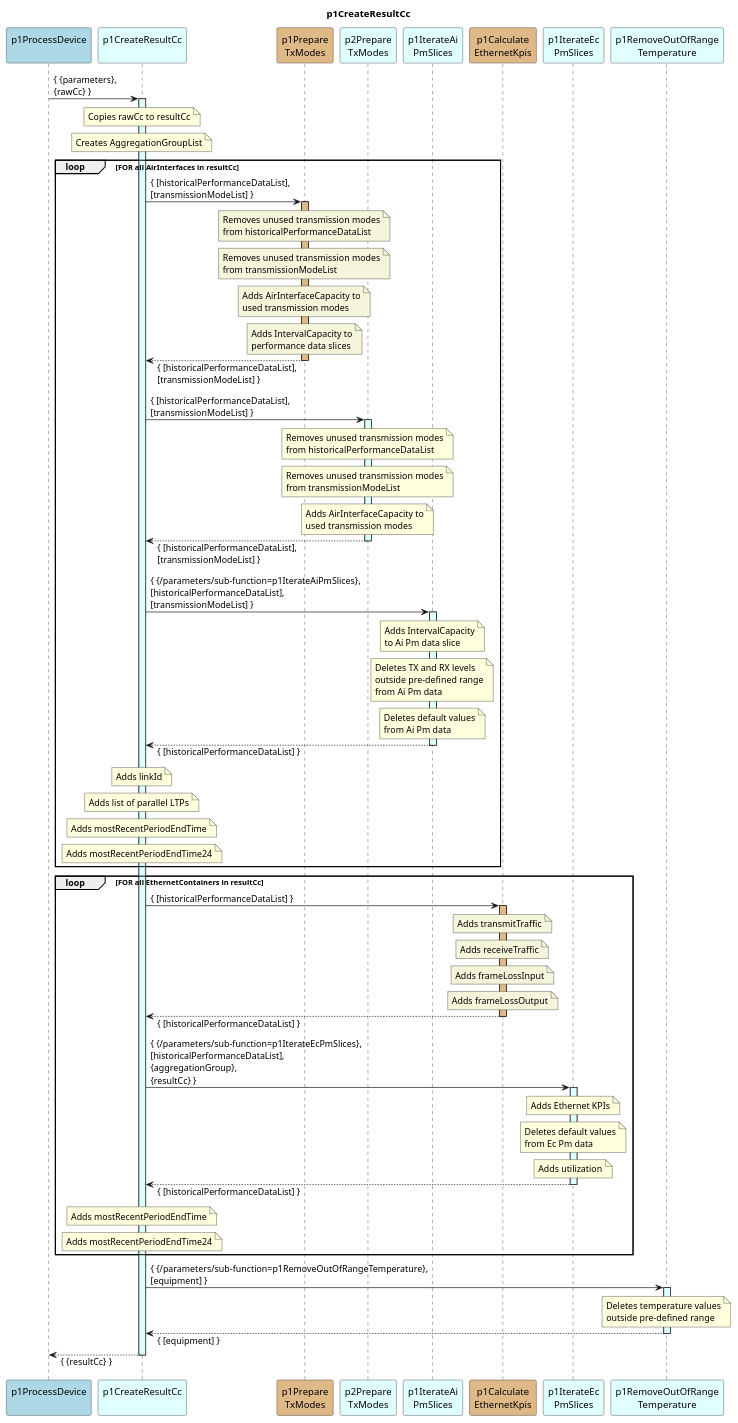
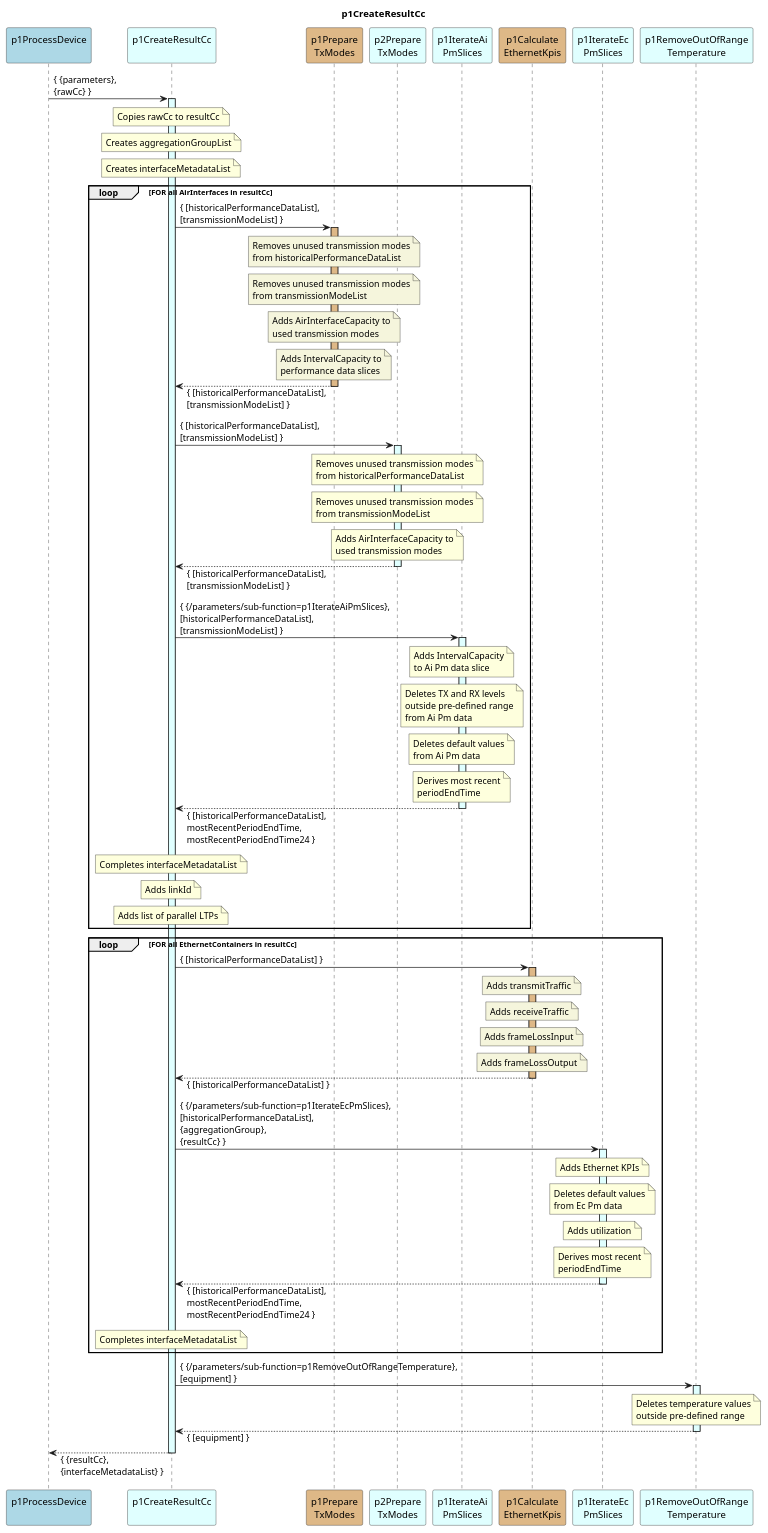
One commit to openBackhaul/DevicePerformanceManagementDataProcessor changed the diagram in spec/Functions/p1StreamPmData/p1ProcessDevice/p1CreateResultCc/1.1.0/p1CreateResultCc.plantuml. Above: the diagram before and after it, drawn with PlantUML. The commit also changed 31 other files, not shown here.

Commit message:
define p1Storing, incl interfaceMetadataList

```diff
--- a/spec/Functions/p1StreamPmData/p1ProcessDevice/p1CreateResultCc/1.1.0/p1CreateResultCc.plantuml
+++ b/spec/Functions/p1StreamPmData/p1ProcessDevice/p1CreateResultCc/1.1.0/p1CreateResultCc.plantuml
@@ -1,184 +1,190 @@
 @startuml p1CreateResultCc
 skinparam responseMessageBelowArrow true
 
 title
   p1CreateResultCc
 end title
 
 participant "p1ProcessDevice\n" as requestor #LightBlue
 participant "p1CreateResultCc\n" as cur #LightCyan
 participant "p1Prepare\nTxModes" as p1PrepTxModes #BurlyWood
 participant "p2Prepare\nTxModes" as p2PrepTxModes #LightCyan
 participant "p1IterateAi\nPmSlices" as p1IterateAi #LightCyan
 participant "p1Calculate\nEthernetKpis" as ethKpis #BurlyWood
 participant "p1IterateEc\nPmSlices" as p1IterateEc #LightCyan
 participant "p1RemoveOutOfRange\nTemperature" as p1RemoveTemp #LightCyan
 
-requestor -> cur: { {parameters},\n{rawCc} }
+requestor -> cur : { {parameters},\n{rawCc} }
 activate cur #LightCyan
 
   note over cur
     Copies rawCc to resultCc
   end note
 
   note over cur
-    Creates AggregationGroupList
+    Creates aggregationGroupList
+  end note
+
+  note over cur
+    Creates interfaceMetadataList
   end note
 
   loop FOR all AirInterfaces in resultCc
 
     cur -> p1PrepTxModes : { [historicalPerformanceDataList],\n[transmissionModeList] }
     activate p1PrepTxModes #BurlyWood
 
       note over p1PrepTxModes #Beige
         Removes unused transmission modes
         from historicalPerformanceDataList
       end note
 
       note over p1PrepTxModes #Beige
         Removes unused transmission modes
         from transmissionModeList
       end note
 
       note over p1PrepTxModes #Beige
         Adds AirInterfaceCapacity to
         used transmission modes
       end note
 
       note over p1PrepTxModes #Beige
         Adds IntervalCapacity to
         performance data slices
       end note
 
     cur <-- p1PrepTxModes : { [historicalPerformanceDataList],\n[transmissionModeList] }
     deactivate p1PrepTxModes
 
     cur -> p2PrepTxModes : { [historicalPerformanceDataList],\n[transmissionModeList] }
     activate p2PrepTxModes #LightCyan
 
       note over p2PrepTxModes
         Removes unused transmission modes
         from historicalPerformanceDataList
       end note
 
       note over p2PrepTxModes
         Removes unused transmission modes
         from transmissionModeList
       end note
 
       note over p2PrepTxModes
         Adds AirInterfaceCapacity to
         used transmission modes
       end note
 
     cur <-- p2PrepTxModes : { [historicalPerformanceDataList],\n[transmissionModeList] }
     deactivate p2PrepTxModes
 
     cur -> p1IterateAi : { {/parameters/sub-function=p1IterateAiPmSlices},\n[historicalPerformanceDataList],\n[transmissionModeList] }
     activate p1IterateAi #LightCyan
 
       note over p1IterateAi
         Adds IntervalCapacity
         to Ai Pm data slice
       end note
 
       note over p1IterateAi
         Deletes TX and RX levels
         outside pre-defined range
         from Ai Pm data
       end note
 
       note over p1IterateAi
         Deletes default values
         from Ai Pm data
       end note
 
-    cur <-- p1IterateAi : { [historicalPerformanceDataList] }
+      note over p1IterateAi
+        Derives most recent
+        periodEndTime
+      end note
+
+    cur <-- p1IterateAi : { [historicalPerformanceDataList],\nmostRecentPeriodEndTime,\nmostRecentPeriodEndTime24 }
     deactivate p1IterateAi
+
+    note over cur
+      Completes interfaceMetadataList
+    end note
 
     note over cur
       Adds linkId
     end note
 
     note over cur
       Adds list of parallel LTPs
-    end note
-
-    note over cur
-      Adds mostRecentPeriodEndTime
-    end note
-
-    note over cur
-      Adds mostRecentPeriodEndTime24
     end note
 
   end
 
   loop FOR all EthernetContainers in resultCc
 
     cur -> ethKpis : { [historicalPerformanceDataList] }
     activate ethKpis #BurlyWood
 
       note over ethKpis #Beige
         Adds transmitTraffic
       end note
 
       note over ethKpis #Beige
         Adds receiveTraffic
       end note
 
       note over ethKpis #Beige
         Adds frameLossInput
       end note
 
       note over ethKpis #Beige
         Adds frameLossOutput
       end note
 
     cur <-- ethKpis : { [historicalPerformanceDataList] }
     deactivate ethKpis
 
     cur -> p1IterateEc : { {/parameters/sub-function=p1IterateEcPmSlices},\n[historicalPerformanceDataList],\n{aggregationGroup},\n{resultCc} }
     activate p1IterateEc #LightCyan
 
       note over p1IterateEc
         Adds Ethernet KPIs
       end note
 
       note over p1IterateEc
         Deletes default values
         from Ec Pm data
       end note
 
       note over p1IterateEc
         Adds utilization
       end note
 
-    cur <-- p1IterateEc : { [historicalPerformanceDataList] }
+      note over p1IterateEc
+        Derives most recent
+        periodEndTime
+      end note
+
+    cur <-- p1IterateEc : { [historicalPerformanceDataList],\nmostRecentPeriodEndTime,\nmostRecentPeriodEndTime24 }
     deactivate p1IterateEc
 
     note over cur
-      Adds mostRecentPeriodEndTime
-    end note
-
-    note over cur
-      Adds mostRecentPeriodEndTime24
+      Completes interfaceMetadataList
     end note
 
   end loop
 
   cur -> p1RemoveTemp : { {/parameters/sub-function=p1RemoveOutOfRangeTemperature},\n[equipment] }
   activate p1RemoveTemp #LightCyan
 
     note over p1RemoveTemp
       Deletes temperature values
       outside pre-defined range
     end note
 
   cur <-- p1RemoveTemp : { [equipment] }
   deactivate p1RemoveTemp
 
-requestor <-- cur: { {resultCc} }
+requestor <-- cur : { {resultCc},\n{interfaceMetadataList} }
 deactivate cur
 
 @enduml
```
